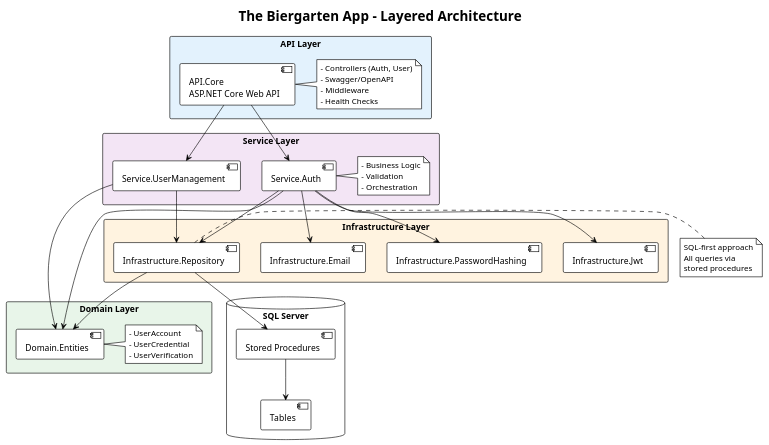
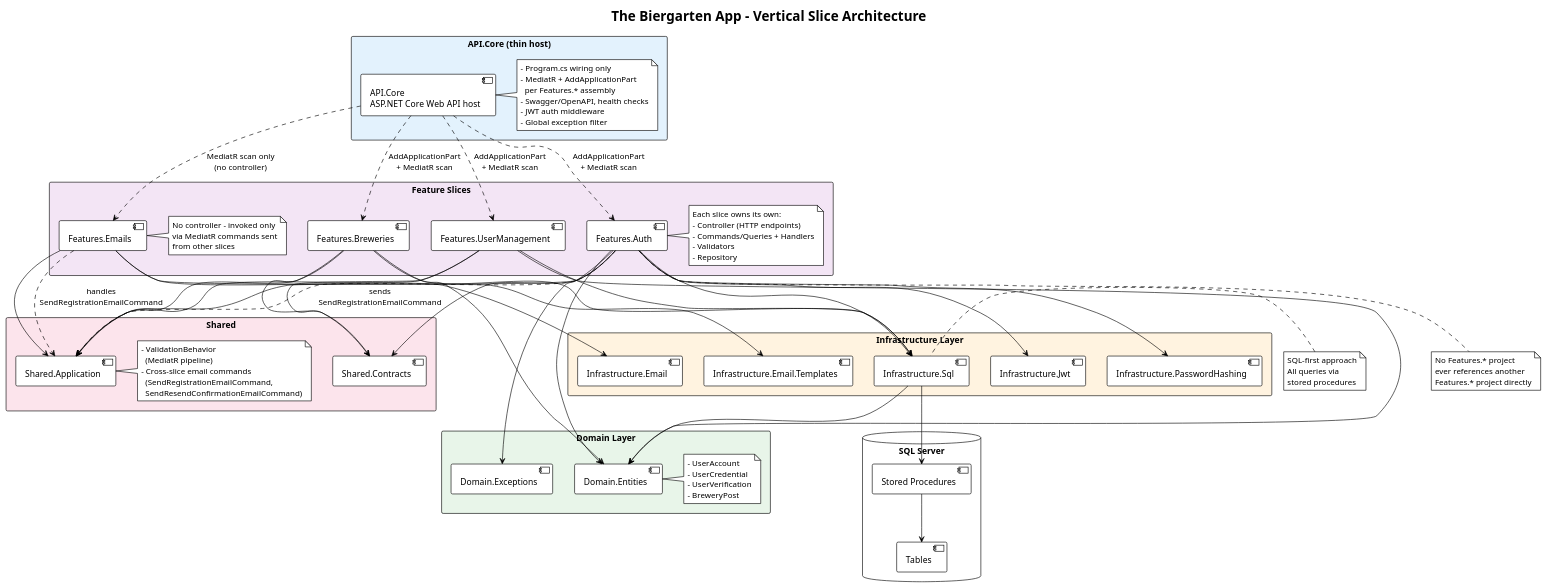
Before and after one commit to aaronpo97/the-biergarten-app: the diagram in docs/website/diagrams-src/architecture.puml, drawn with PlantUML. The commit also changed 9 other files, not shown here.

Commit message:
Update documentation to reflect new architecture and previous refactors

```diff
--- a/docs/website/diagrams-src/architecture.puml
+++ b/docs/website/diagrams-src/architecture.puml
@@ -1,75 +1,126 @@
 @startuml architecture
 !theme plain
 skinparam backgroundColor #FFFFFF
 skinparam defaultFontName Arial
 skinparam packageStyle rectangle
 
-title The Biergarten App - Layered Architecture
+title The Biergarten App - Vertical Slice Architecture
 
-package "API Layer" #E3F2FD {
-  [API.Core\nASP.NET Core Web API] as API
+package "API.Core (thin host)" #E3F2FD {
+  [API.Core\nASP.NET Core Web API host] as API
   note right of API
-    - Controllers (Auth, User)
-    - Swagger/OpenAPI
-    - Middleware
-    - Health Checks
+    - Program.cs wiring only
+    - MediatR + AddApplicationPart
+      per Features.* assembly
+    - Swagger/OpenAPI, health checks
+    - JWT auth middleware
+    - Global exception filter
   end note
 }
 
-package "Service Layer" #F3E5F5 {
-  [Service.Auth] as AuthSvc
-  [Service.UserManagement] as UserSvc
-  note right of AuthSvc
-    - Business Logic
-    - Validation
-    - Orchestration
+package "Feature Slices" #F3E5F5 {
+  [Features.Auth] as AuthSlice
+  [Features.Breweries] as BrewerySlice
+  [Features.UserManagement] as UserSlice
+  [Features.Emails] as EmailsSlice
+  note right of AuthSlice
+    Each slice owns its own:
+    - Controller (HTTP endpoints)
+    - Commands/Queries + Handlers
+    - Validators
+    - Repository
+  end note
+  note right of EmailsSlice
+    No controller - invoked only
+    via MediatR commands sent
+    from other slices
+  end note
+}
+
+package "Shared" #FCE4EC {
+  [Shared.Contracts] as SharedContracts
+  [Shared.Application] as SharedApp
+  note right of SharedApp
+    - ValidationBehavior
+      (MediatR pipeline)
+    - Cross-slice email commands
+      (SendRegistrationEmailCommand,
+      SendResendConfirmationEmailCommand)
   end note
 }
 
 package "Infrastructure Layer" #FFF3E0 {
-  [Infrastructure.Repository] as Repo
+  [Infrastructure.Sql] as Sql
   [Infrastructure.Jwt] as JWT
   [Infrastructure.PasswordHashing] as PwdHash
   [Infrastructure.Email] as Email
+  [Infrastructure.Email.Templates] as EmailTemplates
 }
 
 package "Domain Layer" #E8F5E9 {
   [Domain.Entities] as Domain
+  [Domain.Exceptions] as DomainExceptions
   note right of Domain
     - UserAccount
     - UserCredential
     - UserVerification
+    - BreweryPost
   end note
 }
 
 database "SQL Server" {
   [Stored Procedures] as SP
   [Tables] as Tables
 }
 
 ' Relationships
-API --> AuthSvc
-API --> UserSvc
+API ..> AuthSlice : AddApplicationPart\n+ MediatR scan
+API ..> BrewerySlice : AddApplicationPart\n+ MediatR scan
+API ..> UserSlice : AddApplicationPart\n+ MediatR scan
+API ..> EmailsSlice : MediatR scan only\n(no controller)
 
-AuthSvc --> Repo
-AuthSvc --> JWT
-AuthSvc --> PwdHash
-AuthSvc --> Email
+AuthSlice --> Sql
+AuthSlice --> JWT
+AuthSlice --> PwdHash
+AuthSlice --> SharedContracts
+AuthSlice --> SharedApp
 
-UserSvc --> Repo
+BrewerySlice --> Sql
+BrewerySlice --> SharedContracts
+BrewerySlice --> SharedApp
 
-Repo --> SP
-Repo --> Domain
+UserSlice --> Sql
+UserSlice --> SharedContracts
+UserSlice --> SharedApp
+
+EmailsSlice --> Email
+EmailsSlice --> EmailTemplates
+EmailsSlice --> SharedApp
+
+' The one cross-slice interaction: a MediatR command contract, not a project reference
+AuthSlice ..> SharedApp : sends\nSendRegistrationEmailCommand
+EmailsSlice ..> SharedApp : handles\nSendRegistrationEmailCommand
+
+Sql --> SP
+Sql --> Domain
 SP --> Tables
 
-AuthSvc --> Domain
-UserSvc --> Domain
+AuthSlice --> Domain
+BrewerySlice --> Domain
+UserSlice --> Domain
+AuthSlice --> DomainExceptions
 
 ' Notes
-note left of Repo
+note left of Sql
   SQL-first approach
   All queries via
   stored procedures
 end note
 
+note bottom of AuthSlice
+  No Features.* project
+  ever references another
+  Features.* project directly
+end note
+
 @enduml
```
